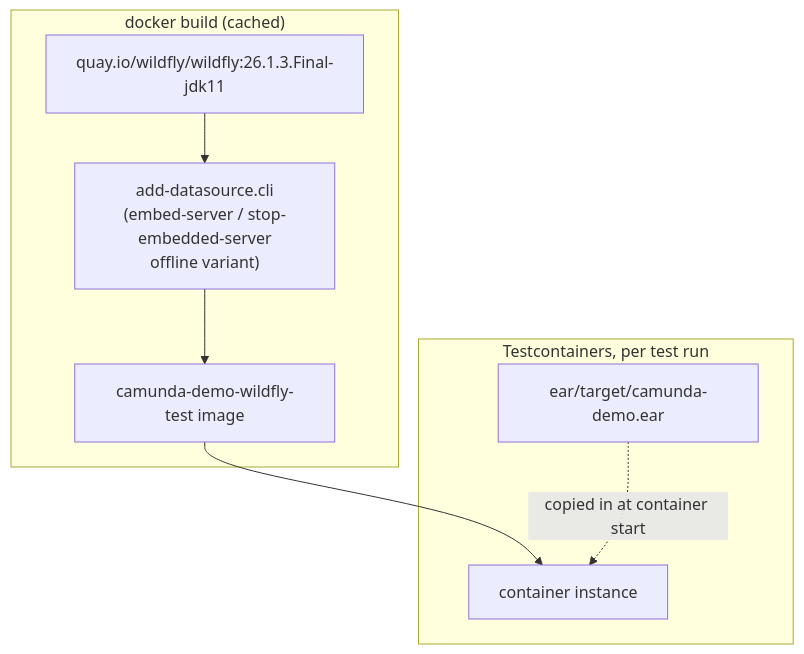
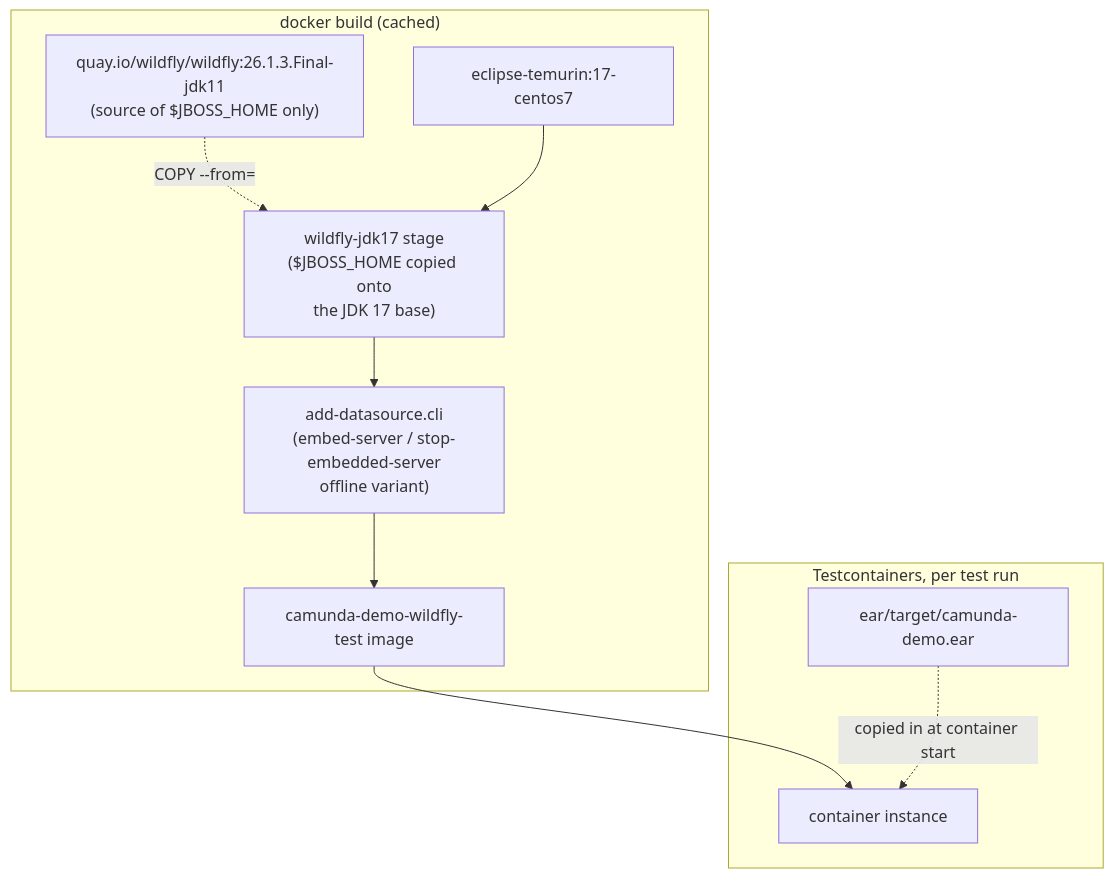
The second of 2 diagrams in docs/arc42/07-deployment-view.md (nyuuyn/camunda-7-on-jboss-as-ear), drawn with Mermaid before and after one commit. The commit also changed other lines of this file and 8 other files, not shown here.

````diff
--- a/docs/arc42/07-deployment-view.md
+++ b/docs/arc42/07-deployment-view.md
@@ -37,12 +37,15 @@
 ```mermaid
 flowchart TB
     subgraph build["docker build (cached)"]
-        base["quay.io/wildfly/wildfly:26.1.3.Final-jdk11"]
+        src["quay.io/wildfly/wildfly:26.1.3.Final-jdk11\n(source of $JBOSS_HOME only)"]
+        jdk["eclipse-temurin:17-centos7"]
+        wf["wildfly-jdk17 stage\n($JBOSS_HOME copied onto\nthe JDK 17 base)"]
         cli["add-datasource.cli\n(embed-server / stop-embedded-server\noffline variant)"]
-        base --> cli --> image["camunda-demo-wildfly-test image"]
+        src -. COPY --from= .-> wf
+        jdk --> wf --> cli --> image["camunda-demo-wildfly-test image"]
     end
     subgraph run["Testcontainers, per test run"]
         image --> container["container instance"]
         ear["ear/target/camunda-demo.ear"] -. copied in at container start .-> container
     end
 ```
````
